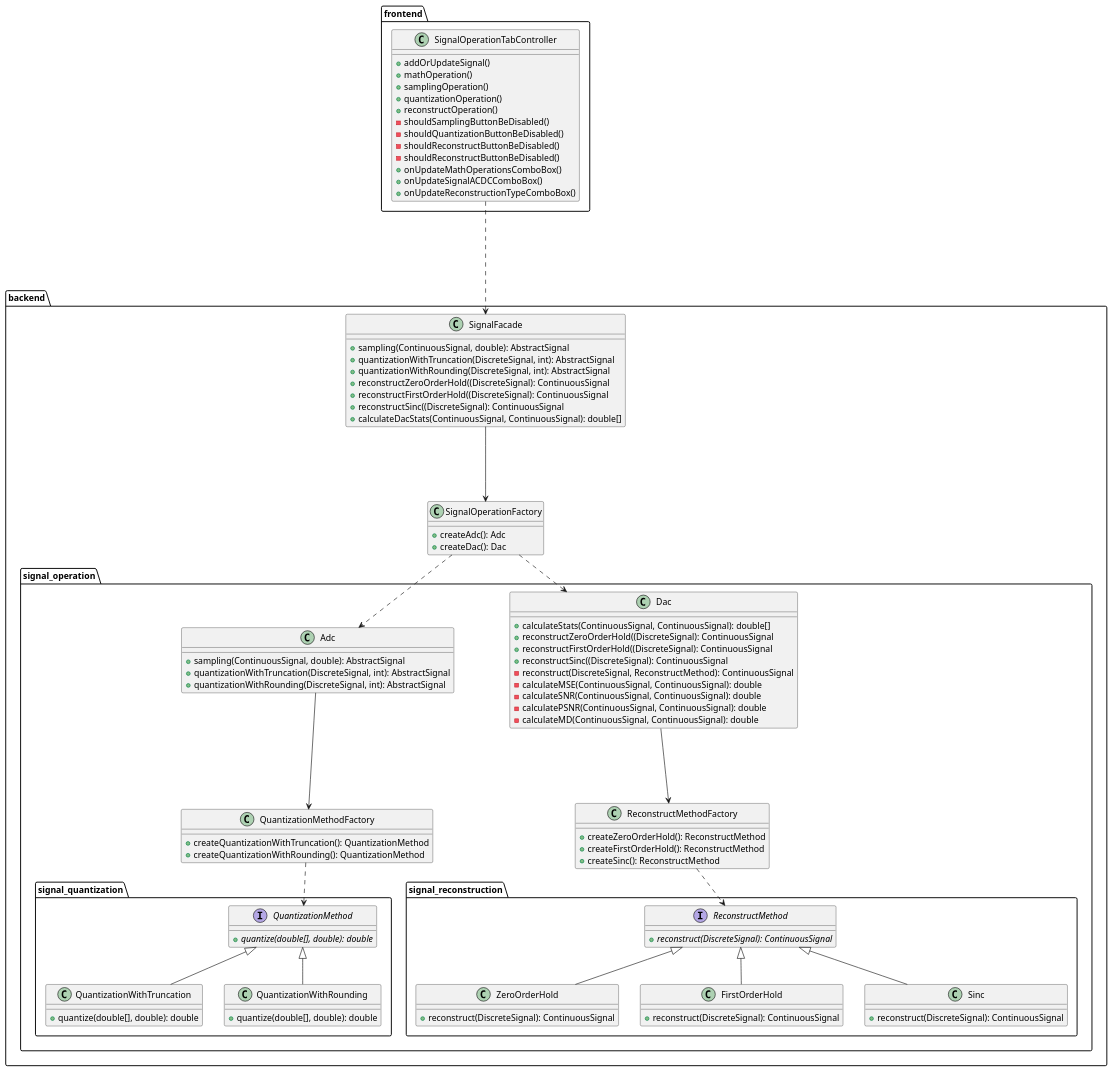
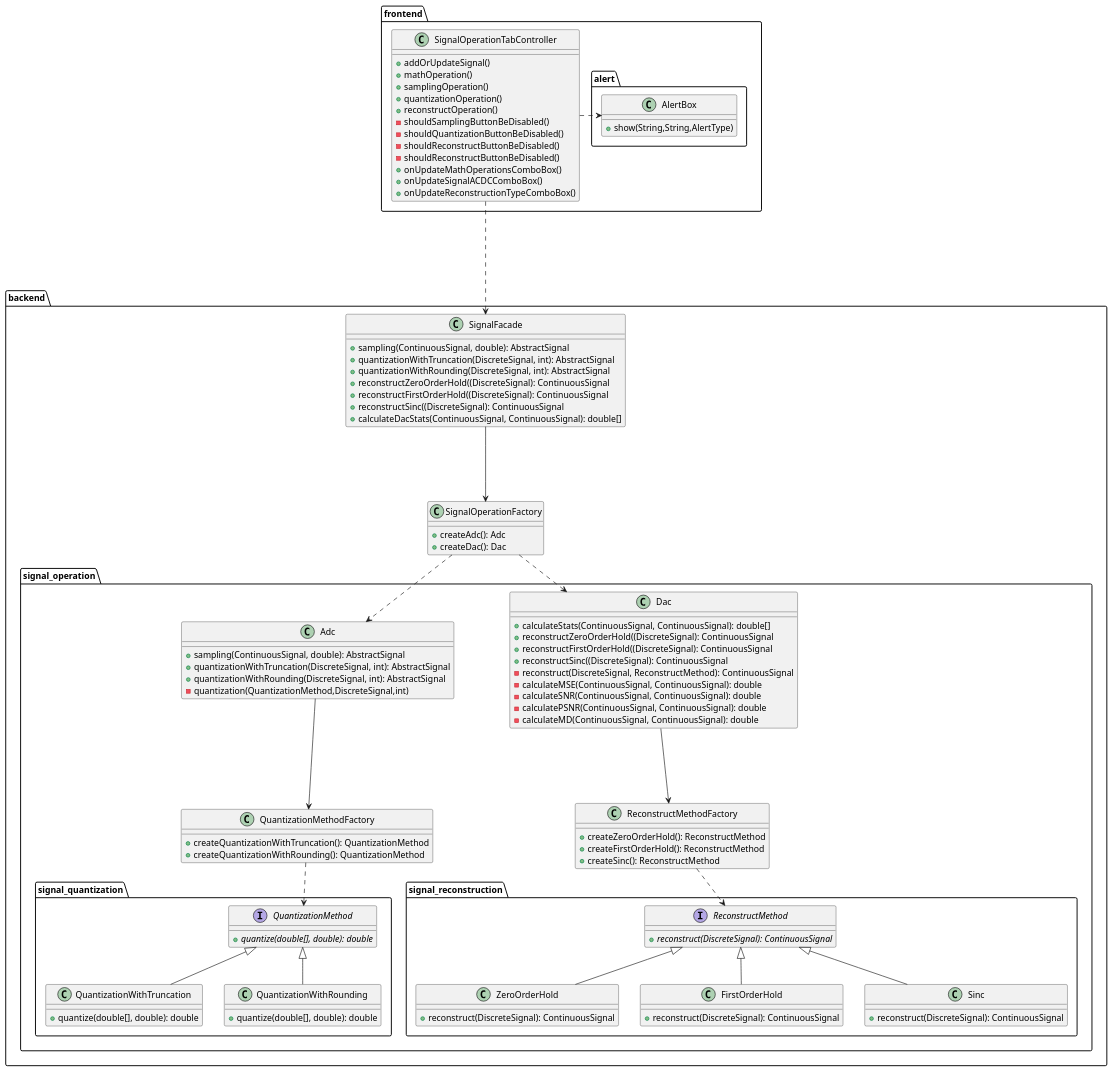
The second of 2 diagrams in README.md (RadekBucki/DigitalSignalProcessing), drawn with PlantUML before and after one commit. The commit also changed 1 other file, not shown here.

Commit message:
Add missed documentation elements

````diff
--- a/README.md
+++ b/README.md
@@ -319,6 +319,7 @@
             + sampling(ContinuousSignal, double): AbstractSignal
             + quantizationWithTruncation(DiscreteSignal, int): AbstractSignal
             + quantizationWithRounding(DiscreteSignal, int): AbstractSignal
+            - quantization(QuantizationMethod,DiscreteSignal,int)
         }
     
         class QuantizationMethodFactory {
@@ -370,6 +371,12 @@
         + onUpdateSignalACDCComboBox()
         + onUpdateReconstructionTypeComboBox()
     }
+    package alert {
+        class AlertBox {
+            + show(String,String,AlertType)
+        }
+    }
+    SignalOperationTabController .> AlertBox
 }
 SignalOperationTabController ....> SignalFacade
 ```
````
